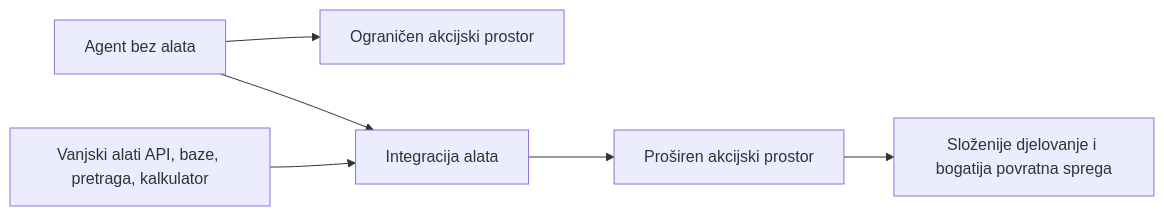
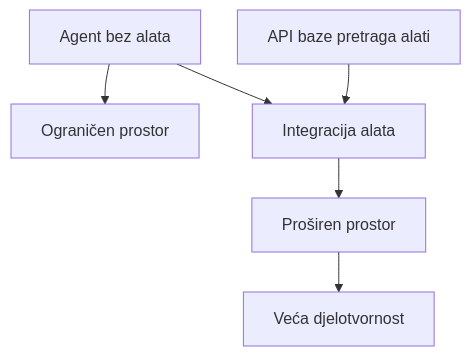
The diagram in docs/diagrams/ch06_tool_extension.mmd (bperak/komunikacija_u_doba_ai), drawn with Mermaid before and after one commit. The commit also changed 1008 other files, not shown here.

Commit message:
Finalize book layout, diagrams, and manuscript cleanup

```diff
--- a/docs/diagrams/ch06_tool_extension.mmd
+++ b/docs/diagrams/ch06_tool_extension.mmd
@@ -1,6 +1,7 @@
-flowchart LR
-    A[Agent bez alata] --> B[Ograničen akcijski prostor]
-    C[Vanjski alati API, baze, pretraga, kalkulator] --> D[Integracija alata]
-    D --> E[Proširen akcijski prostor]
-    E --> F[Složenije djelovanje i bogatija povratna sprega]
+%%{init: {'themeVariables': {'fontSize': '16px'}, 'flowchart': {'nodeSpacing': 35, 'rankSpacing': 40}}}%%
+flowchart TD
+    A[Agent bez alata] --> B[Ograničen prostor]
+    C[API baze pretraga alati] --> D[Integracija alata]
     A --> D
+    D --> E[Proširen prostor]
+    E --> F[Veća djelotvornost]
```
